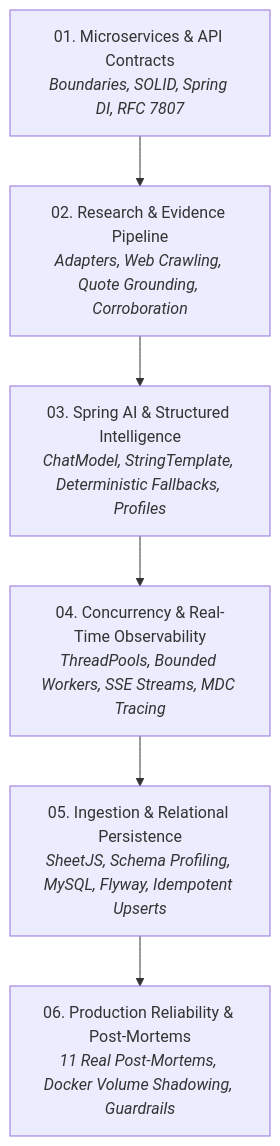
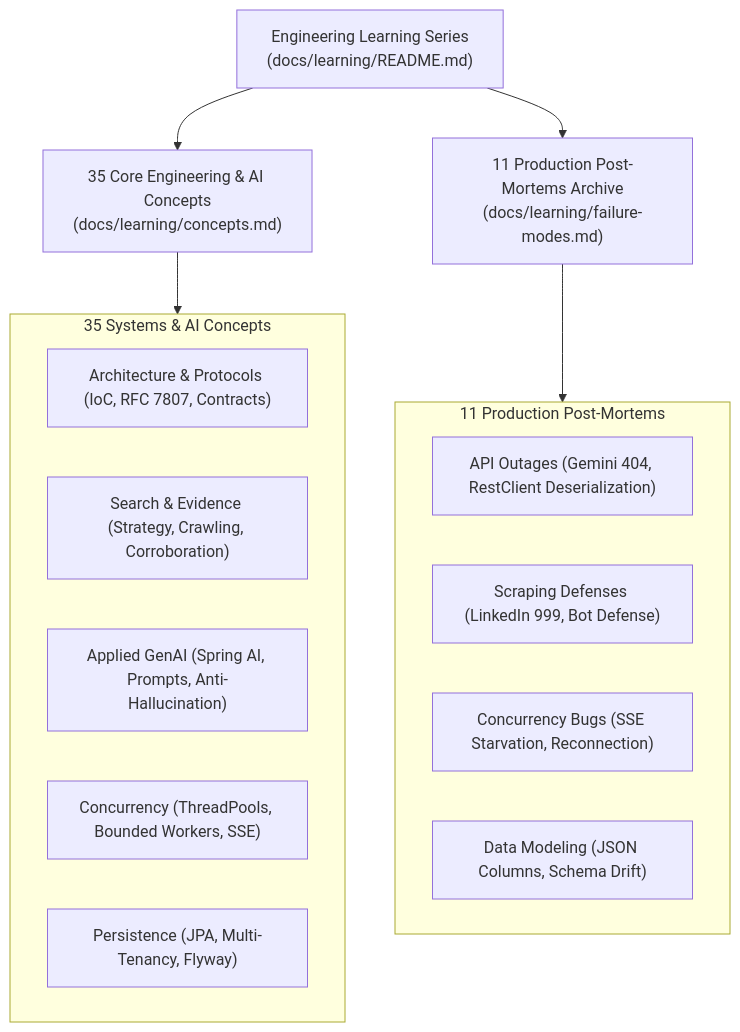
One commit to parvagr247/data-enrichment-ai-intelligence changed the diagram in docs/learning/README.md. Above: the diagram before and after it, drawn with Mermaid. The commit also changed other lines of this file and 37 other files, not shown here.

````diff
--- a/docs/learning/README.md
+++ b/docs/learning/README.md
@@ -11,15 +23,28 @@
 ```mermaid
 flowchart TD
-    G1["01. Microservices & API Contracts<br/><i>Boundaries, SOLID, Spring DI, RFC 7807</i>"]
-    G2["02. Research & Evidence Pipeline<br/><i>Adapters, Web Crawling, Quote Grounding, Corroboration</i>"]
-    G3["03. Spring AI & Structured Intelligence<br/><i>ChatModel, StringTemplate, Deterministic Fallbacks, Profiles</i>"]
-    G4["04. Concurrency & Real-Time Observability<br/><i>ThreadPools, Bounded Workers, SSE Streams, MDC Tracing</i>"]
-    G5["05. Ingestion & Relational Persistence<br/><i>SheetJS, Schema Profiling, MySQL, Flyway, Idempotent Upserts</i>"]
-    G6["06. Production Reliability & Post-Mortems<br/><i>11 Real Post-Mortems, Docker Volume Shadowing, Guardrails</i>"]
+    Hub["Engineering Learning Series<br/>(docs/learning/README.md)"]
 
-    G1 --> G2
-    G2 --> G3
-    G3 --> G4
-    G4 --> G5
-    G5 --> G6
+    C["35 Core Engineering & AI Concepts<br/>(docs/learning/concepts.md)"]
+    F["11 Production Post-Mortems Archive<br/>(docs/learning/failure-modes.md)"]
+
+    Hub --> C
+    Hub --> F
+
+    subgraph Concepts ["35 Systems & AI Concepts"]
+        C1["Architecture & Protocols (IoC, RFC 7807, Contracts)"]
+        C2["Search & Evidence (Strategy, Crawling, Corroboration)"]
+        C3["Applied GenAI (Spring AI, Prompts, Anti-Hallucination)"]
+        C4["Concurrency (ThreadPools, Bounded Workers, SSE)"]
+        C5["Persistence (JPA, Multi-Tenancy, Flyway)"]
+    end
+
+    subgraph Failures ["11 Production Post-Mortems"]
+        F1["API Outages (Gemini 404, RestClient Deserialization)"]
+        F2["Scraping Defenses (LinkedIn 999, Bot Defense)"]
+        F3["Concurrency Bugs (SSE Starvation, Reconnection)"]
+        F4["Data Modeling (JSON Columns, Schema Drift)"]
+    end
+
+    C --> Concepts
+    F --> Failures
 ```
````
